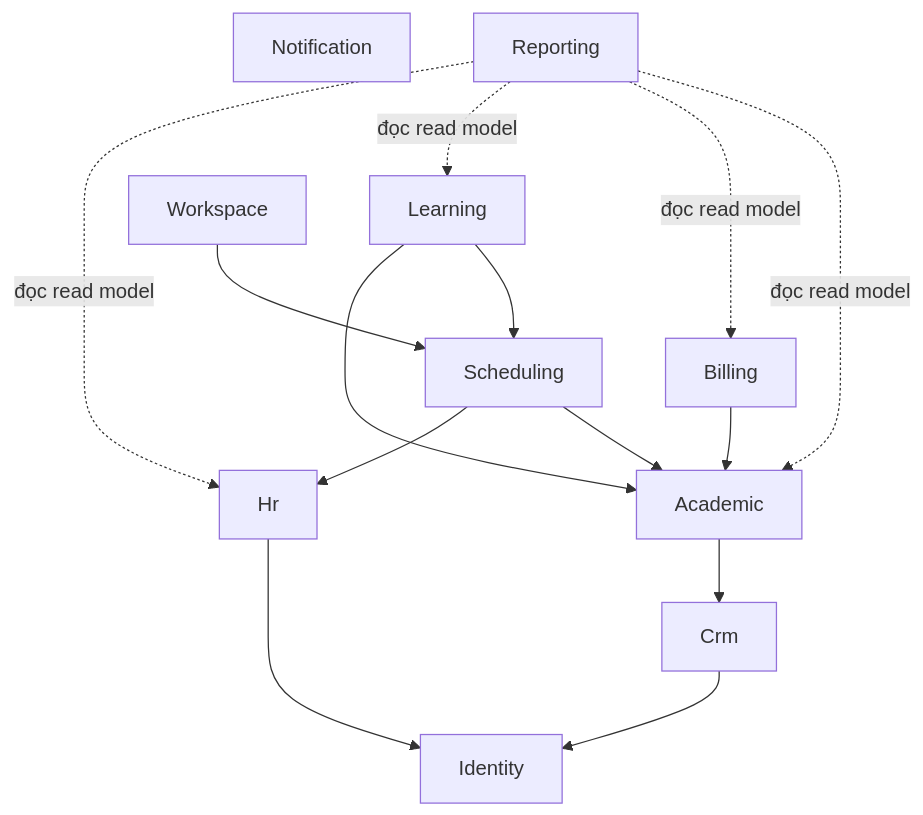
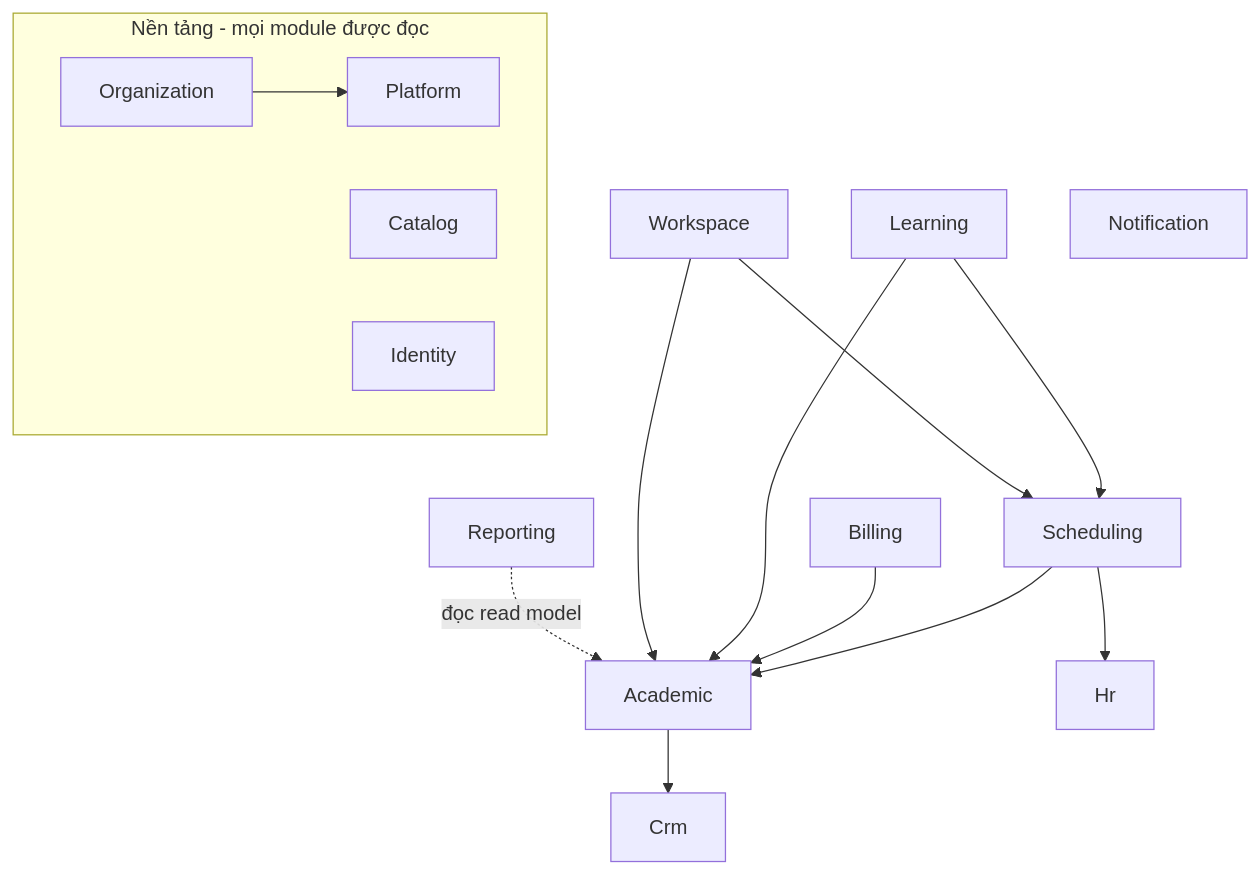
The second of 3 diagrams in docs/06-evolution-strategy.md (CDV00/konnyaku), drawn with Mermaid before and after one commit. The commit also changed other lines of this file and 7 other files, not shown here.

````diff
--- a/docs/06-evolution-strategy.md
+++ b/docs/06-evolution-strategy.md
@@ -26,15 +47,20 @@
 ```mermaid
 flowchart TD
-  Identity
-  Crm --> Identity
+  subgraph Foundation[Nền tảng - mọi module được đọc]
+    Platform
+    Organization --> Platform
+    Catalog
+    Identity
+  end
+  Crm
   Academic --> Crm
   Scheduling --> Academic
   Scheduling --> Hr
   Billing --> Academic
   Learning --> Scheduling
   Learning --> Academic
-  Hr --> Identity
   Workspace --> Scheduling
+  Workspace --> Academic
   Notification
-  Reporting -.đọc read model.-> Academic & Billing & Learning & Hr
+  Reporting -.->|đọc read model| Academic
 ```
````
